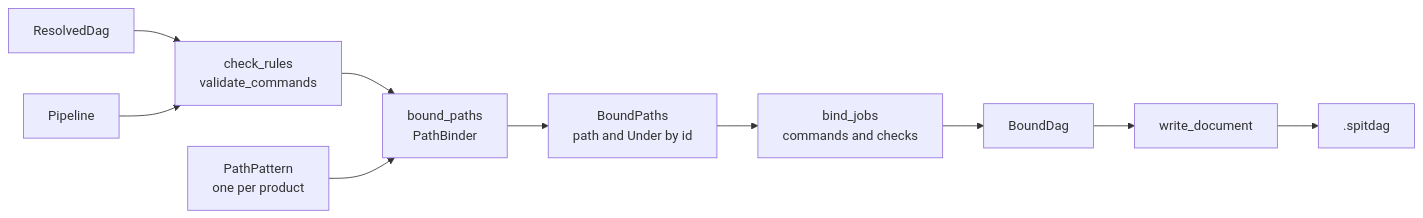
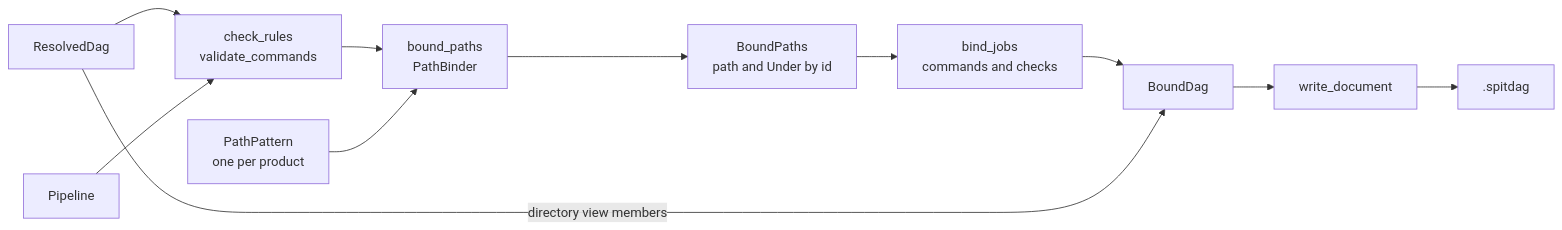
Before and after one commit to eclnz/spit: the diagram in docs/architecture/binding.md, drawn with Mermaid. The commit also changed other lines of this file and 23 other files, not shown here.

First line of the commit message:
Expose required file outputs as a directory view

````diff
--- a/docs/architecture/binding.md
+++ b/docs/architecture/binding.md
@@ -5,12 +5,13 @@
 ```mermaid
 flowchart LR
     dag["ResolvedDag"] --> rules["check_rules<br/>validate_commands"]
     pipeline["Pipeline"] --> rules
     rules --> paths["bound_paths<br/>PathBinder"]
     paths --> boundpaths["BoundPaths<br/>path and Under by id"]
     pattern["PathPattern<br/>one per product"] --> paths
     boundpaths --> jobs["bind_jobs<br/>commands and checks"]
     jobs --> bound["BoundDag"]
+    dag -->|"directory view members"| bound
     bound --> write["write_document"]
     write --> file[".spitdag"]
 ```
````
